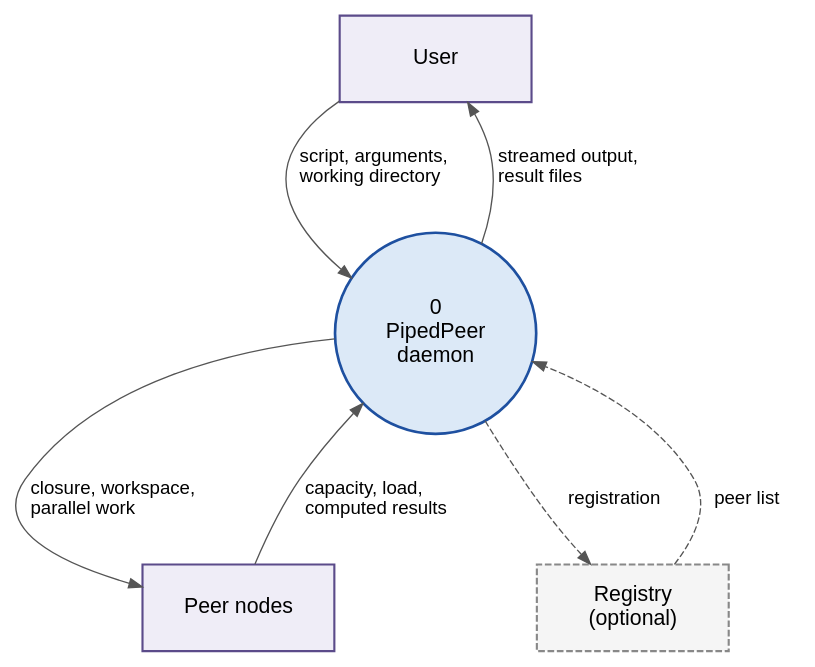
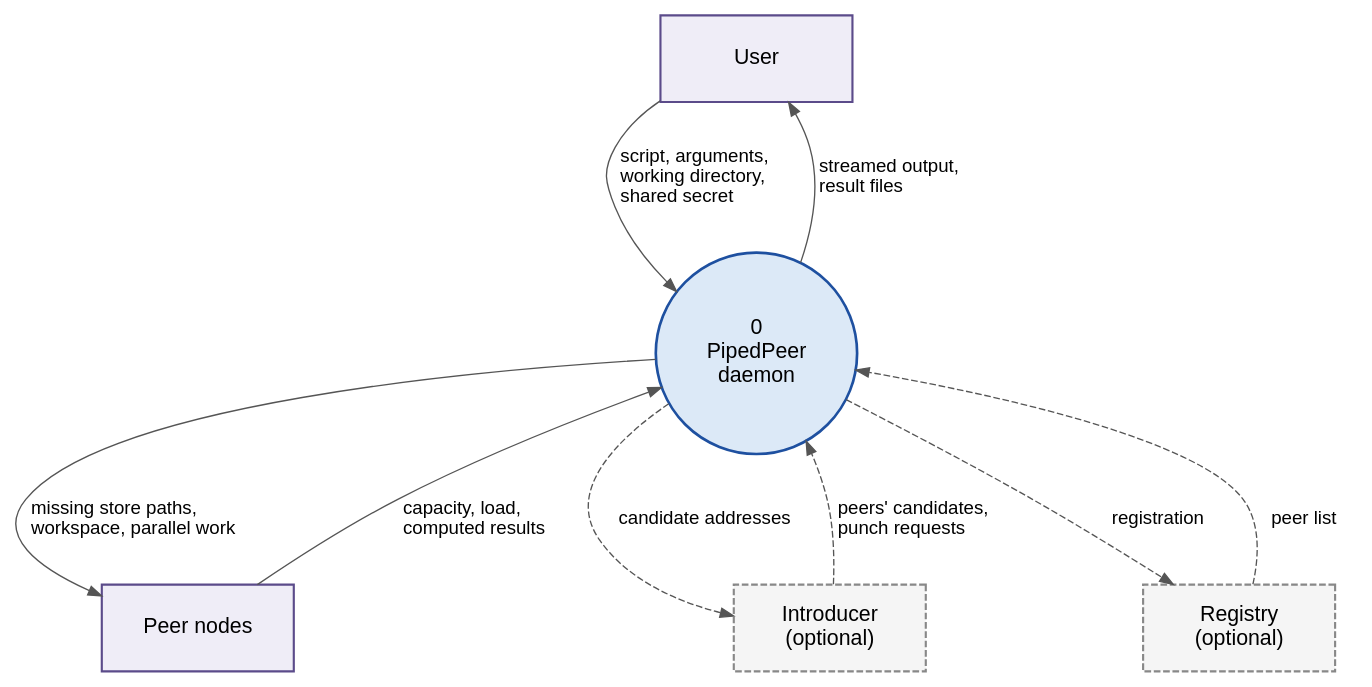
The diagram in docs/diagrams/src/fig_3.2_dfd_level0.dot (vinayakyadav2709/Pipedpeer), drawn with Graphviz before and after one commit. The commit also changed 72 other files, not shown here.

```diff
--- a/docs/diagrams/src/fig_3.2_dfd_level0.dot
+++ b/docs/diagrams/src/fig_3.2_dfd_level0.dot
@@ -1,25 +1,30 @@
 // Figure 3.2 - Level 0 DFD (context diagram).
 // Laid out top-to-bottom: left-to-right gave a 3.8:1 strip whose labels were
 // under 6pt once scaled to the text width.
 digraph DFD0 {
   rankdir=TB; bgcolor="white"; nodesep=0.75; ranksep=0.95;
   node [fontname="Helvetica", fontsize=16];
   edge [fontname="Helvetica", fontsize=14, color="#555555"];
 
   user [label="User", shape=box, style=filled, fillcolor="#efedf7", color="#5b4b8a",
         penwidth=1.6, width=2.0, height=0.9];
   peer [label="Peer nodes", shape=box, style=filled, fillcolor="#efedf7", color="#5b4b8a",
         penwidth=1.6, width=2.0, height=0.9];
+  intro [label="Introducer\n(optional)", shape=box, style="filled,dashed", fillcolor="#f5f5f5",
+        color="#888888", penwidth=1.6, width=2.0, height=0.9];
   reg  [label="Registry\n(optional)", shape=box, style="filled,dashed", fillcolor="#f5f5f5",
         color="#888888", penwidth=1.6, width=2.0, height=0.9];
 
   sys [label="0\nPipedPeer\ndaemon", shape=circle, style=filled, fillcolor="#dce9f7",
        color="#1e50a0", penwidth=2.0, width=2.1, fixedsize=true];
 
-  user -> sys [label="  script, arguments,\l  working directory\l"];
+  user -> sys [label="  script, arguments,\l  working directory,\l  shared secret\l"];
   sys -> user [label="  streamed output,\l  result files\l"];
-  sys -> peer [label="  closure, workspace,\l  parallel work\l"];
+  sys -> peer [label="  missing store paths,\l  workspace, parallel work\l"];
   peer -> sys [label="  capacity, load,\l  computed results\l"];
+  sys -> intro [label="  candidate addresses  ", style=dashed];
+  intro -> sys [label="  peers' candidates,\l  punch requests\l", style=dashed];
   sys -> reg  [label="  registration  ", style=dashed];
   reg -> sys  [label="  peer list  ", style=dashed];
+  { rank=same; intro; reg; }
 }
```
